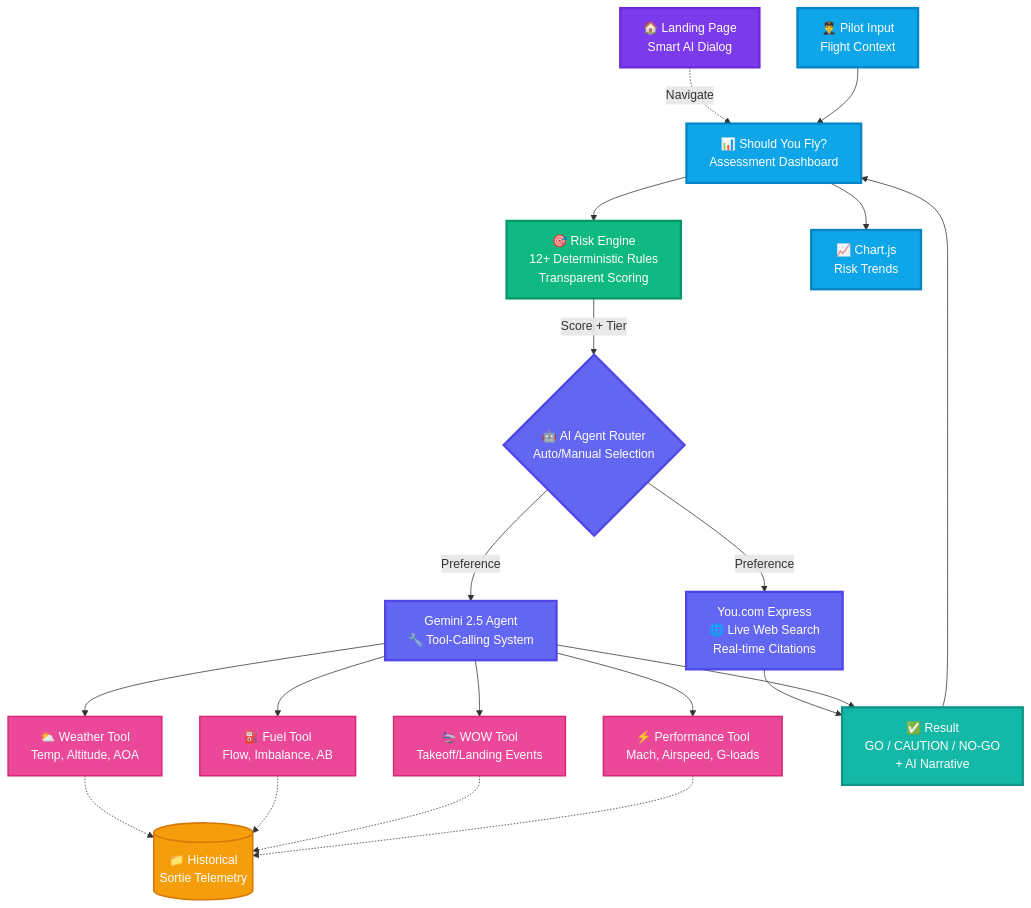
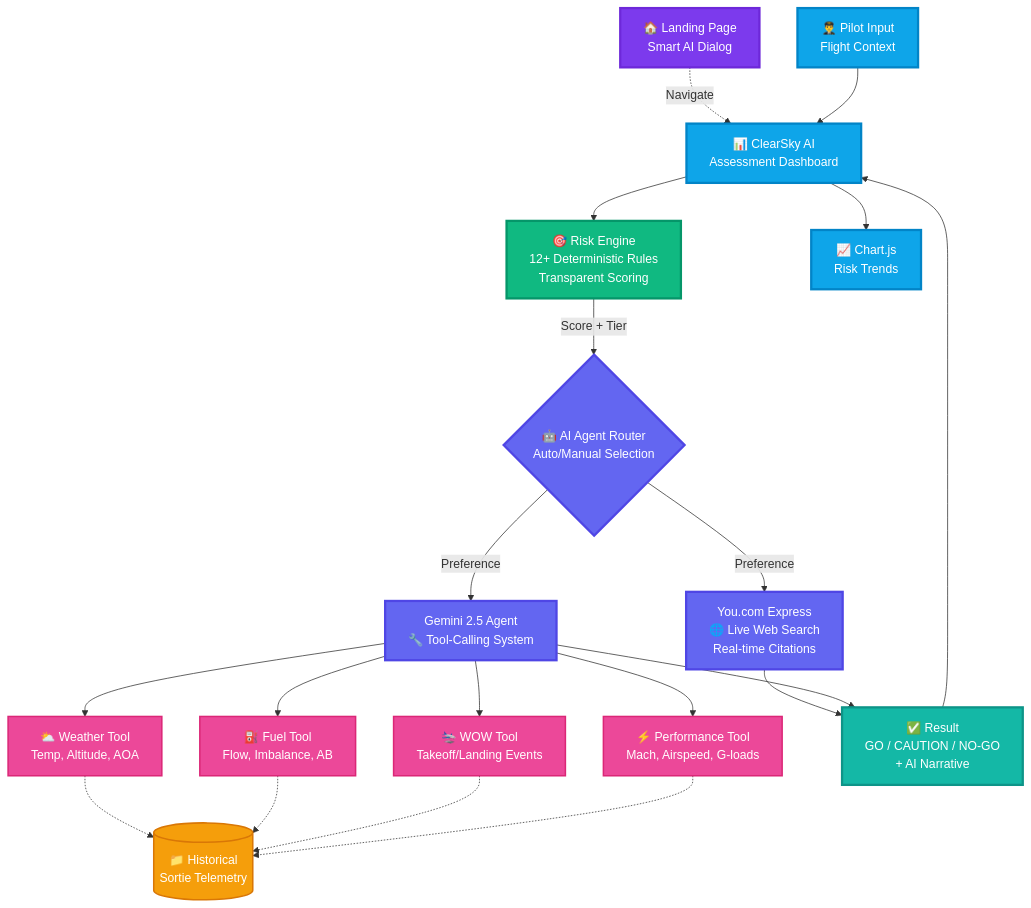
One commit to lmiguelvargasf/aviation-hackathon changed the first of 2 diagrams in ARCHITECTURE.md. Above: the diagram before and after it, drawn with Mermaid. The commit also changed other lines of this file and 6 other files, not shown here.

````diff
--- a/ARCHITECTURE.md
+++ b/ARCHITECTURE.md
@@ -5,47 +5,47 @@
 ```mermaid
 graph TB
     Landing[🏠 Landing Page<br/>Smart AI Dialog]
     Pilot[👨‍✈️ Pilot Input<br/>Flight Context]
 
     Landing -.->|Navigate| UI
-    Pilot --> UI[📊 Should You Fly?<br/>Assessment Dashboard]
+    Pilot --> UI[📊 ClearSky AI<br/>Assessment Dashboard]
 
     UI --> Engine[🎯 Risk Engine<br/>12+ Deterministic Rules<br/>Transparent Scoring]
 
     Engine -->|Score + Tier| Router{🤖 AI Agent Router<br/>Auto/Manual Selection}
 
     Router -->|Preference| YouCom[You.com Express<br/>🌐 Live Web Search<br/>Real-time Citations]
     Router -->|Preference| Gemini[Gemini 2.5 Agent<br/>🔧 Tool-Calling System]
 
     Gemini --> Tool1[⛅ Weather Tool<br/>Temp, Altitude, AOA]
     Gemini --> Tool2[⛽ Fuel Tool<br/>Flow, Imbalance, AB]
     Gemini --> Tool3[🛬 WOW Tool<br/>Takeoff/Landing Events]
     Gemini --> Tool4[⚡ Performance Tool<br/>Mach, Airspeed, G-loads]
 
     Tool1 -.-> Telemetry[(📁 Historical<br/>Sortie Telemetry)]
     Tool2 -.-> Telemetry
     Tool3 -.-> Telemetry
     Tool4 -.-> Telemetry
 
     YouCom --> Result[✅ Result<br/>GO / CAUTION / NO-GO<br/>+ AI Narrative]
     Gemini --> Result
 
     Result --> UI
     UI --> Charts[📈 Chart.js<br/>Risk Trends]
 
     classDef landingStyle fill:#7c3aed,stroke:#6d28d9,color:#fff,stroke-width:3px
     classDef uiStyle fill:#0ea5e9,stroke:#0284c7,color:#fff,stroke-width:3px
     classDef engineStyle fill:#10b981,stroke:#059669,color:#fff,stroke-width:3px
     classDef aiStyle fill:#6366f1,stroke:#4f46e5,color:#fff,stroke-width:3px
     classDef toolStyle fill:#ec4899,stroke:#db2777,color:#fff,stroke-width:2px
     classDef dataStyle fill:#f59e0b,stroke:#d97706,color:#fff,stroke-width:2px
     classDef resultStyle fill:#14b8a6,stroke:#0d9488,color:#fff,stroke-width:3px
 
     class Landing landingStyle
     class Pilot,UI,Charts uiStyle
     class Engine engineStyle
     class Router,YouCom,Gemini aiStyle
     class Tool1,Tool2,Tool3,Tool4 toolStyle
     class Telemetry dataStyle
     class Result resultStyle
 ```
````
